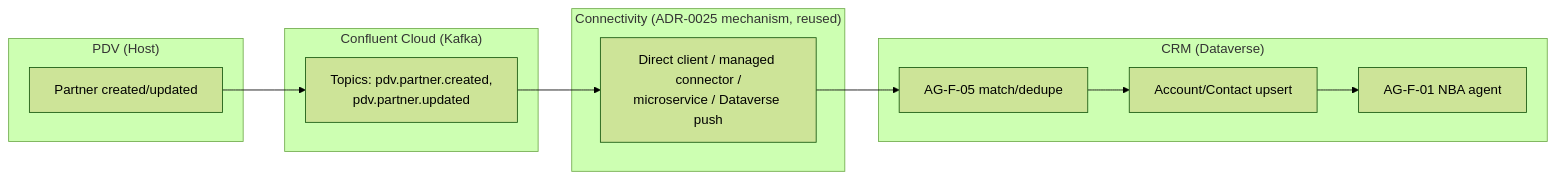
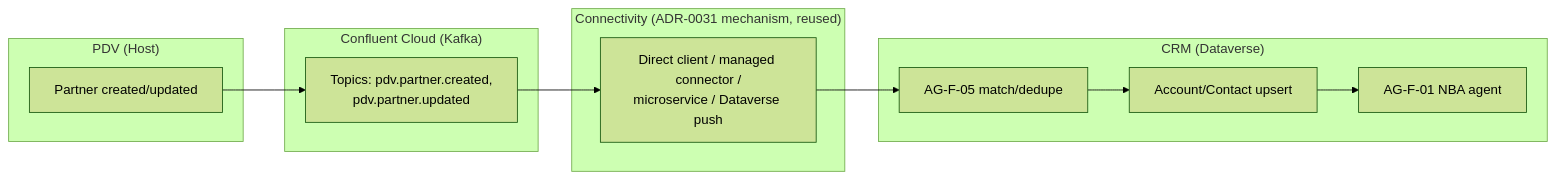
Before and after one commit to urruegg/CRMShowcase: the sixth of 12 diagrams in docs/adr/ADR-0035-pdv-partner-master-data-integration-pattern.md, drawn with Mermaid (forest theme). The commit also changed other lines of this file and 9 other files, not shown here.

````diff
--- a/docs/adr/ADR-0035-pdv-partner-master-data-integration-pattern.md
+++ b/docs/adr/ADR-0035-pdv-partner-master-data-integration-pattern.md
@@ -294,19 +294,19 @@
 ```mermaid
 flowchart LR
     subgraph PDVB["PDV (Host)"]
         CHGB["Partner created/updated"]
     end
     subgraph KafkaB["Confluent Cloud (Kafka)"]
         TB["Topics: pdv.partner.created,\npdv.partner.updated"]
     end
-    subgraph ConnB["Connectivity (ADR-0025 mechanism, reused)"]
+    subgraph ConnB["Connectivity (ADR-0031 mechanism, reused)"]
         MECHB["Direct client / managed connector /\nmicroservice / Dataverse push"]
     end
     subgraph DVB["CRM (Dataverse)"]
         MATCHB["AG-F-05 match/dedupe"]
         ACCB["Account/Contact upsert"]
         NBAB["AG-F-01 NBA agent"]
     end
 
     CHGB --> TB --> MECHB --> MATCHB --> ACCB --> NBAB
 ```
````
